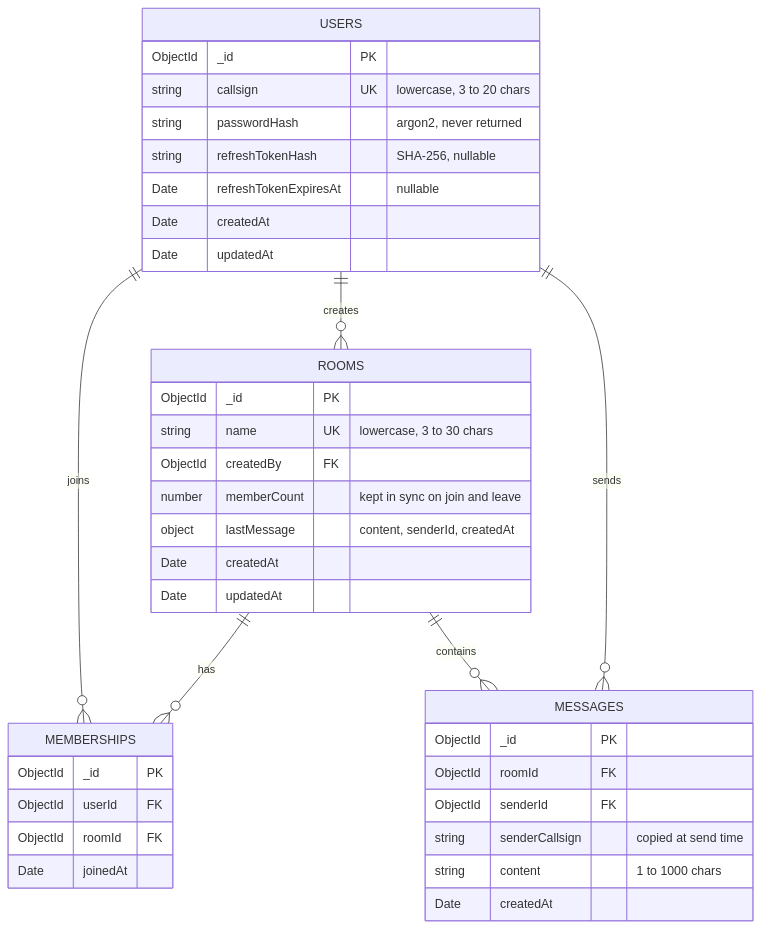
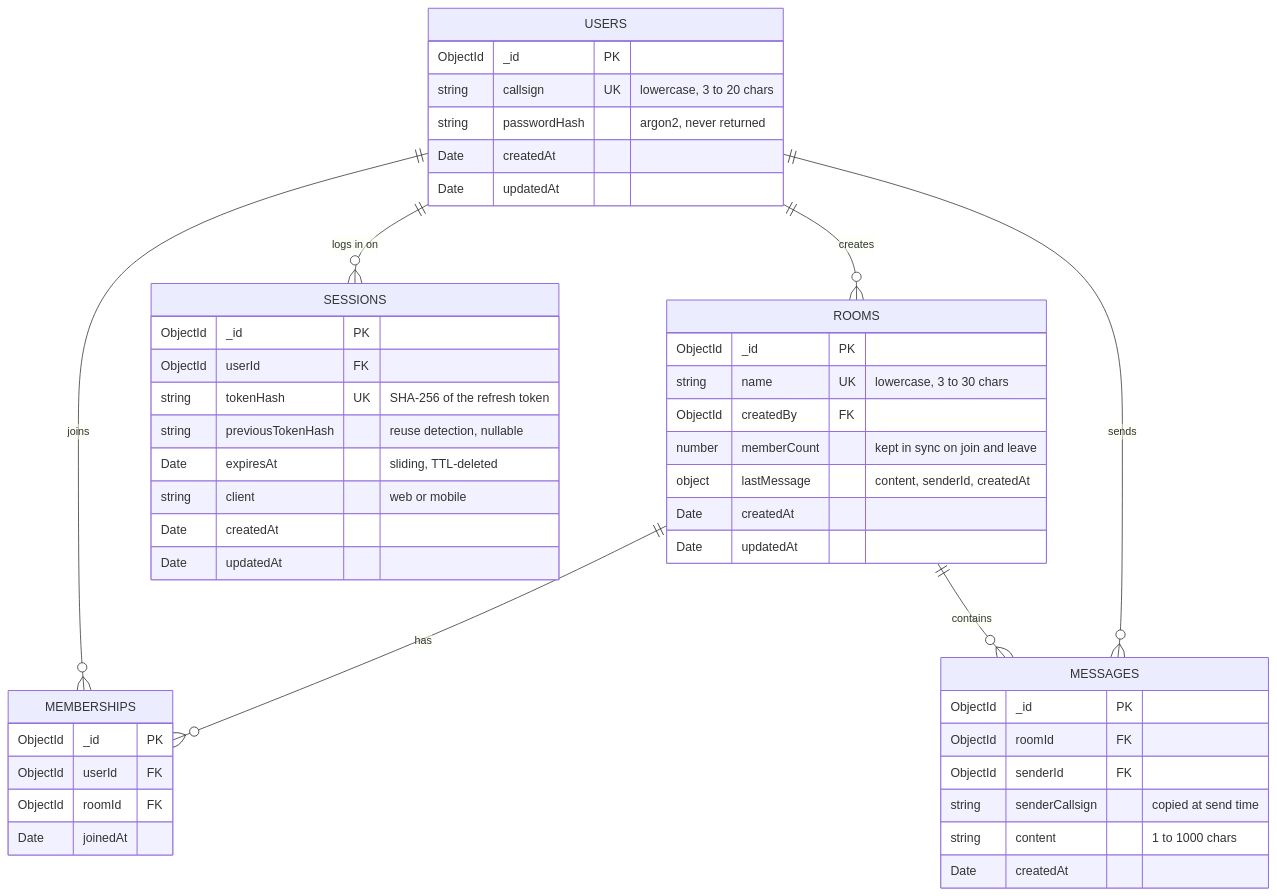
One commit to PenuAndreea/callsign changed the diagram in README.md. Above: the diagram before and after it, drawn with Mermaid. The commit also changed other lines of this file and 19 other files, not shown here.

````diff
--- a/README.md
+++ b/README.md
@@ -119,44 +119,54 @@
 ```mermaid
 erDiagram
   USERS ||--o{ MEMBERSHIPS : joins
   ROOMS ||--o{ MEMBERSHIPS : has
   USERS ||--o{ ROOMS : creates
   ROOMS ||--o{ MESSAGES : contains
   USERS ||--o{ MESSAGES : sends
+  USERS ||--o{ SESSIONS : "logs in on"
 
   USERS {
     ObjectId _id PK
     string callsign UK "lowercase, 3 to 20 chars"
     string passwordHash "argon2, never returned"
-    string refreshTokenHash "SHA-256, nullable"
-    Date refreshTokenExpiresAt "nullable"
+    Date createdAt
+    Date updatedAt
+  }
+
+  SESSIONS {
+    ObjectId _id PK
+    ObjectId userId FK
+    string tokenHash UK "SHA-256 of the refresh token"
+    string previousTokenHash "reuse detection, nullable"
+    Date expiresAt "sliding, TTL-deleted"
+    string client "web or mobile"
     Date createdAt
     Date updatedAt
   }
 
   ROOMS {
     ObjectId _id PK
     string name UK "lowercase, 3 to 30 chars"
     ObjectId createdBy FK
     number memberCount "kept in sync on join and leave"
     object lastMessage "content, senderId, createdAt"
     Date createdAt
     Date updatedAt
   }
 
   MEMBERSHIPS {
     ObjectId _id PK
     ObjectId userId FK
     ObjectId roomId FK
     Date joinedAt
   }
 
   MESSAGES {
     ObjectId _id PK
     ObjectId roomId FK
     ObjectId senderId FK
     string senderCallsign "copied at send time"
     string content "1 to 1000 chars"
     Date createdAt
   }
 ```
````
